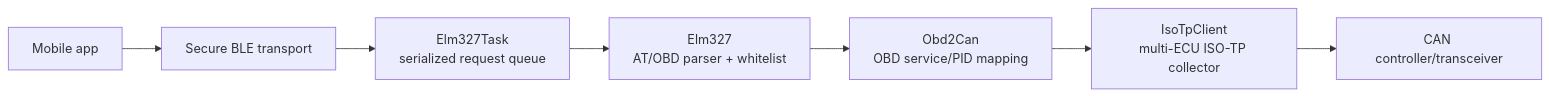
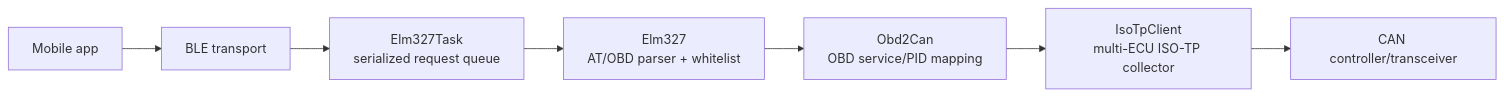
The diagram in docs/DONGLE_APP_CAPABILITY_CATALOG.md (rodrigomarcolin/tccelta), drawn with Mermaid before and after one commit. The commit also changed other lines of this file and 4 other files, not shown here.

````diff
--- a/docs/DONGLE_APP_CAPABILITY_CATALOG.md
+++ b/docs/DONGLE_APP_CAPABILITY_CATALOG.md
@@ -11,9 +11,9 @@
 ```mermaid
 flowchart LR
-    App[Mobile app] --> BLE[Secure BLE transport]
+    App[Mobile app] --> BLE[BLE transport]
     BLE --> Task[Elm327Task\nserialized request queue]
     Task --> ELM[Elm327\nAT/OBD parser + whitelist]
     ELM --> OBD[Obd2Can\nOBD service/PID mapping]
     OBD --> ISOTP[IsoTpClient\nmulti-ECU ISO-TP collector]
     ISOTP --> CAN[CAN controller/transceiver]
 ```
````
